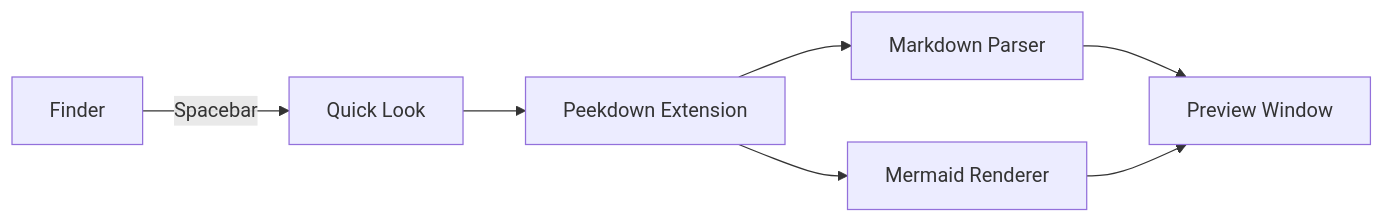
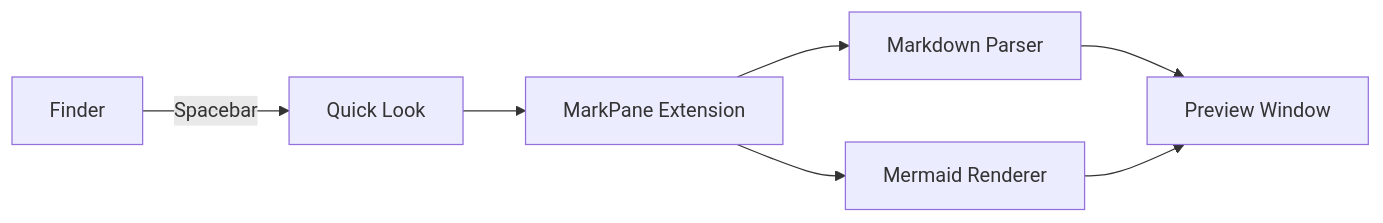
Before and after one commit to starfysh-tech/markpane: the diagram in docs/assets/demo-sample.md, drawn with Mermaid. The commit also changed other lines of this file and 33 other files, not shown here.

First line of the commit message:
refactor: rebrand Peekdown to MarkPane across codebase

````diff
--- a/docs/assets/demo-sample.md
+++ b/docs/assets/demo-sample.md
@@ -7,9 +7,9 @@
 ```mermaid
 graph LR
     A[Finder] -->|Spacebar| B[Quick Look]
-    B --> C[Peekdown Extension]
+    B --> C[MarkPane Extension]
     C --> D[Markdown Parser]
     C --> E[Mermaid Renderer]
     D --> F[Preview Window]
     E --> F
 ```
````
